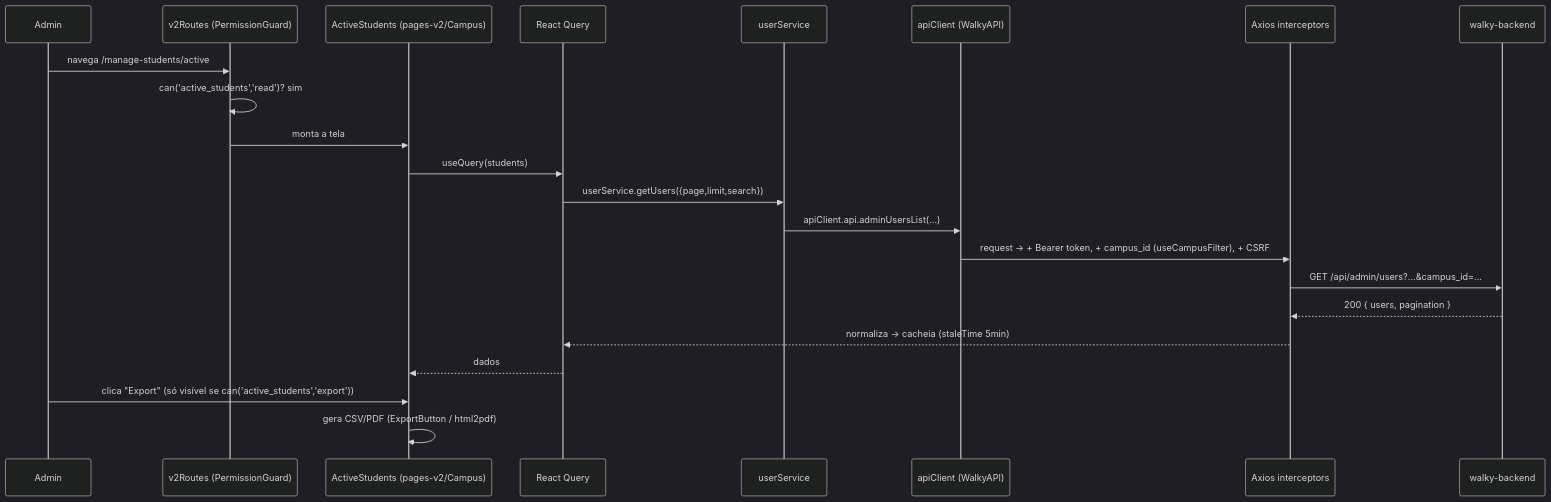
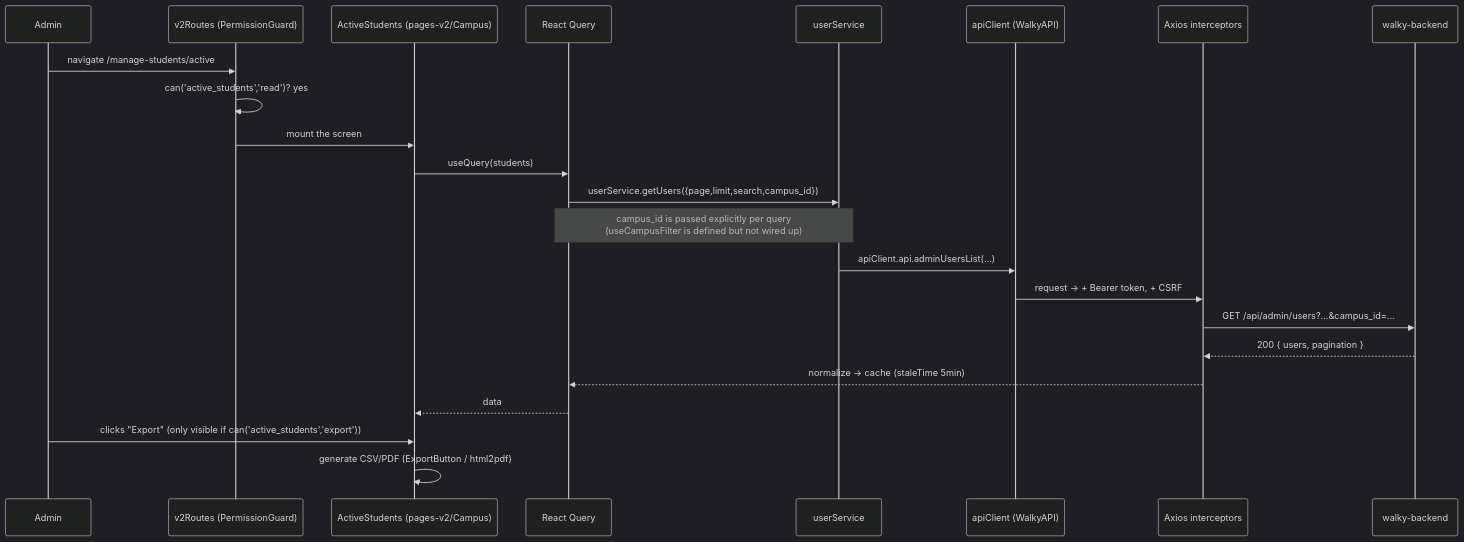
One commit to Walky-App/walky-admin changed the sixth of 6 diagrams in docs/architecture.md. Above: the diagram before and after it, drawn with Mermaid (dark theme). The commit also changed other lines of this file and 12 other files, not shown here.

````diff
--- a/docs/architecture.md
+++ b/docs/architecture.md
@@ -294,25 +298,26 @@
 ```mermaid
 sequenceDiagram
     participant U as Admin
     participant R as v2Routes (PermissionGuard)
     participant P as ActiveStudents (pages-v2/Campus)
     participant Q as React Query
     participant S as userService
     participant C as apiClient (WalkyAPI)
     participant I as Axios interceptors
     participant B as walky-backend
 
-    U->>R: navega /manage-students/active
-    R->>R: can('active_students','read')? sim
-    R->>P: monta a tela
+    U->>R: navigate /manage-students/active
+    R->>R: can('active_students','read')? yes
+    R->>P: mount the screen
     P->>Q: useQuery(students)
-    Q->>S: userService.getUsers({page,limit,search})
+    Q->>S: userService.getUsers({page,limit,search,campus_id})
+    Note over Q,S: campus_id is passed explicitly per query<br/>(useCampusFilter is defined but not wired up)
     S->>C: apiClient.api.adminUsersList(...)
-    C->>I: request → + Bearer token, + campus_id (useCampusFilter), + CSRF
+    C->>I: request → + Bearer token, + CSRF
     I->>B: GET /api/admin/users?...&campus_id=...
     B-->>I: 200 { users, pagination }
-    I-->>Q: normaliza → cacheia (staleTime 5min)
-    Q-->>P: dados
-    U->>P: clica "Export" (só visível se can('active_students','export'))
-    P->>P: gera CSV/PDF (ExportButton / html2pdf)
+    I-->>Q: normalize → cache (staleTime 5min)
+    Q-->>P: data
+    U->>P: clicks "Export" (only visible if can('active_students','export'))
+    P->>P: generate CSV/PDF (ExportButton / html2pdf)
 ```
````
